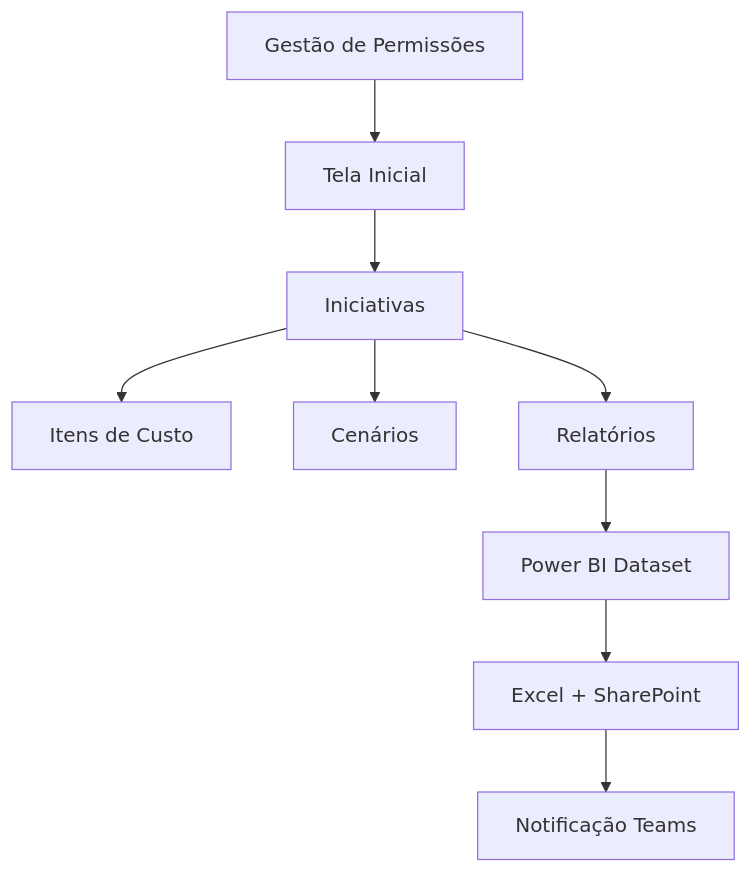
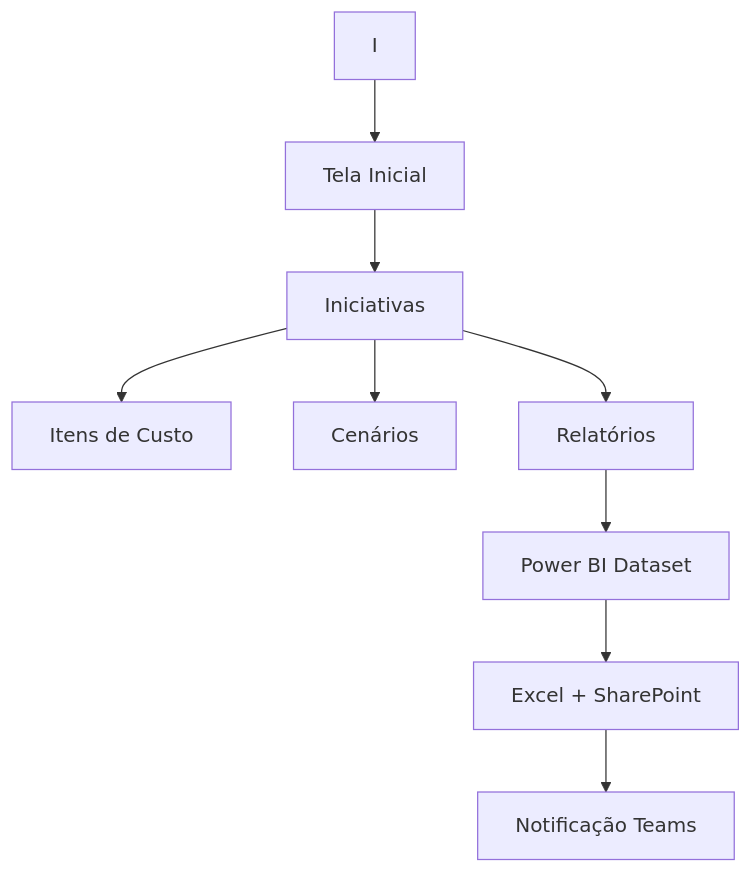
One commit to luigicaetano/APMDDocumentacao changed the diagram in content/en/docs/planejamento-integrado/doc_planejamento_integrado.md. Above: the diagram before and after it, drawn with Mermaid.

````diff
--- a/content/en/docs/planejamento-integrado/doc_planejamento_integrado.md
+++ b/content/en/docs/planejamento-integrado/doc_planejamento_integrado.md
@@ -26,11 +26,11 @@
 ```mermaid
 graph TD
     A[Tela Inicial] --> B[Iniciativas]
     B --> C[Itens de Custo]
     B --> D[Cenários]
     B --> E[Relatórios]
     E --> F[Power BI Dataset]
     F --> G[Excel + SharePoint]
     G --> H[Notificação Teams]
-    I[Gestão de Permissões] --> A
+    I --> A
 ```
````
